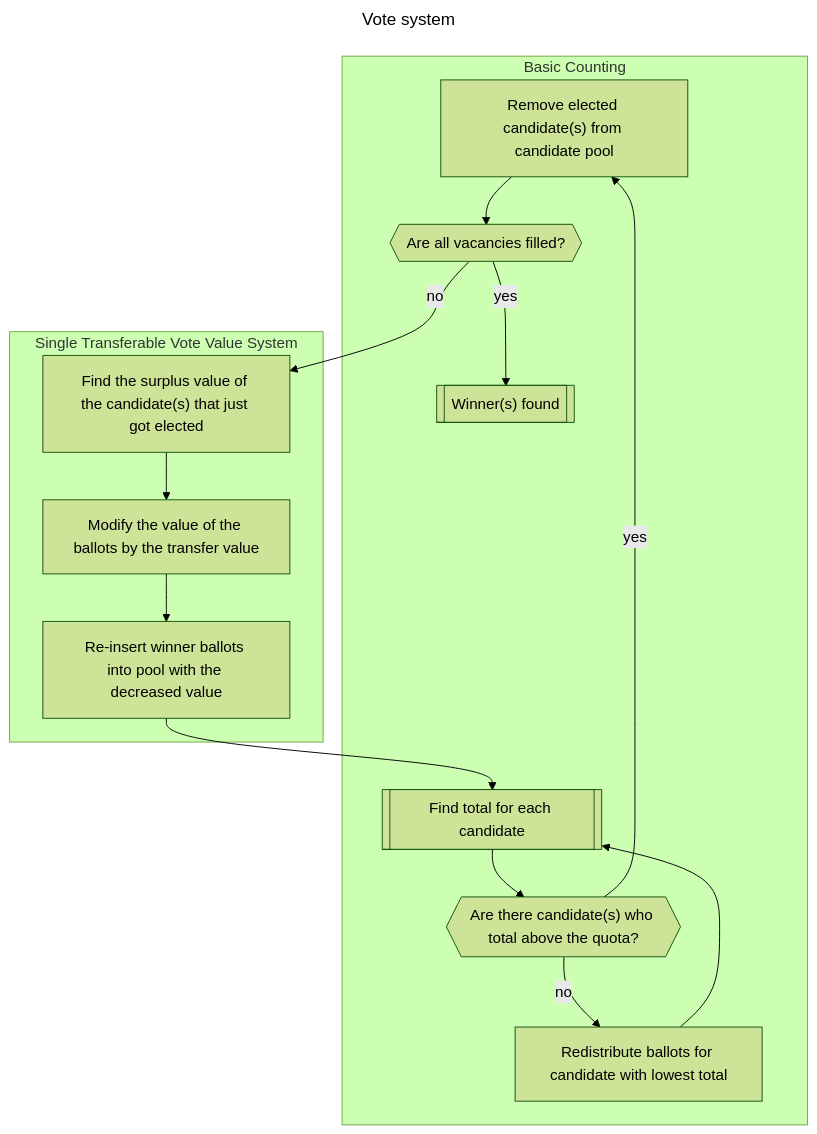
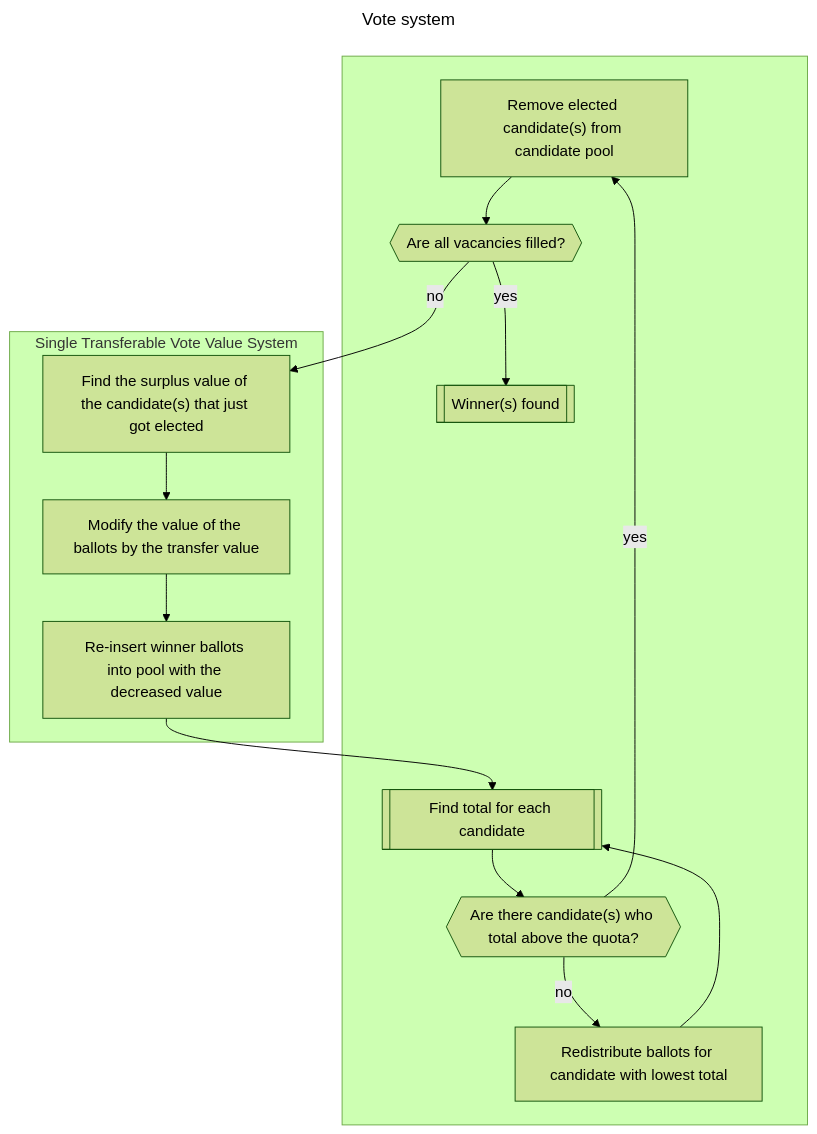
The first of 2 diagrams in README.md (ogeesan/googleform-preferential-voting), drawn with Mermaid (forest theme) before and after one commit. The commit also changed other lines of this file, not shown here.

````diff
--- a/README.md
+++ b/README.md
@@ -63,37 +71,37 @@
 ```mermaid
 ---
 title: Vote system
 ---
 flowchart TB
 
 removewinner["Remove elected candidate(s) from candidate pool"]
 positionsfilled{{Are all vacancies filled?}}
 calculatesurplus["Find the surplus value of the candidate(s) that just got elected"]
 modifyvalue[Modify the value of the ballots by the transfer value]
 declare[["Winner(s) found"]]
 count[[Find total for each candidate]]
 checkwinner{{"Are there candidate(s) who total above the quota?"}}
 transfer[Redistribute ballots for candidate with lowest total]
 reinsert[Re-insert winner ballots into pool with the decreased value]
 
-subgraph Basic Counting
+subgraph  
 	count --> checkwinner
 	
 	removewinner --> positionsfilled
     positionsfilled -- yes --> declare
     checkwinner -- yes --> removewinner
     
  	checkwinner -- no --> transfer
     transfer --> count
     
     
 end
 
 subgraph Single Transferable Vote Value System
     positionsfilled --  no --> calculatesurplus
     reinsert --> count
    	calculatesurplus --> modifyvalue
     modifyvalue --> reinsert
     
 end
 ```
````
